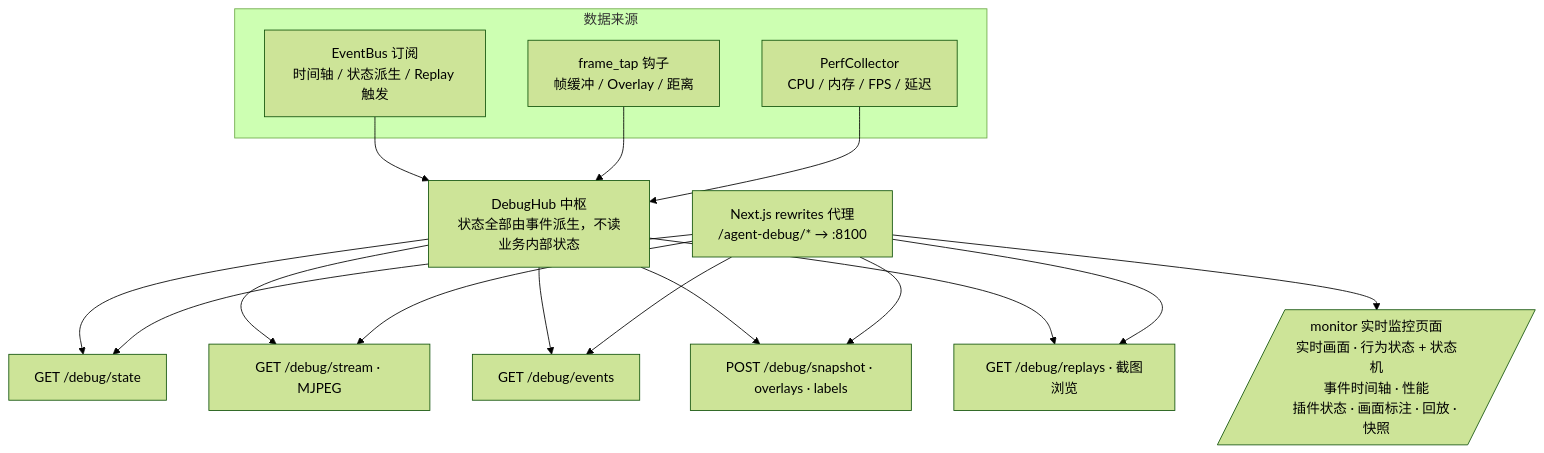
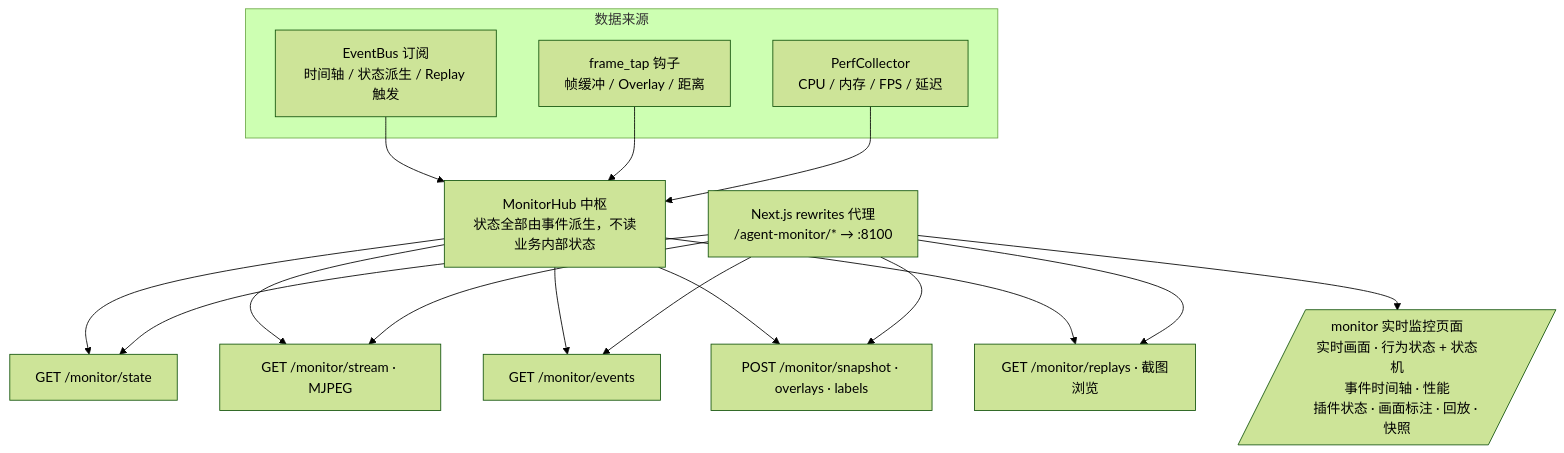
The third of 3 diagrams in ARCHITECTURE.md (monty8800/office-vision), drawn with Mermaid (forest theme) before and after one commit. The commit also changed other lines of this file and 29 other files, not shown here.

First line of the commit message:
全栈去除 debug 说法：Agent 监控模块/接口/配置段统一改名 monitor，Dashboard 多 Agent 支持同步改用 monitor 命名（代理路径 /agent-monitor、环境变量 OVA_AGENT_MONITOR_URL/URLS）

````diff
--- a/ARCHITECTURE.md
+++ b/ARCHITECTURE.md
@@ -98,19 +98,19 @@
 ```mermaid
 flowchart TB
     subgraph 数据来源
         E[EventBus 订阅<br/>时间轴 / 状态派生 / Replay 触发]
         T[frame_tap 钩子<br/>帧缓冲 / Overlay / 距离]
         PF[PerfCollector<br/>CPU / 内存 / FPS / 延迟]
     end
-    HUB[DebugHub 中枢<br/>状态全部由事件派生，不读业务内部状态]
+    HUB[MonitorHub 中枢<br/>状态全部由事件派生，不读业务内部状态]
     E --> HUB
     T --> HUB
     PF --> HUB
-    HUB --> A1[GET /debug/state]
-    HUB --> A2[GET /debug/stream · MJPEG]
-    HUB --> A3[GET /debug/events]
-    HUB --> A4[POST /debug/snapshot · overlays · labels]
-    HUB --> A5[GET /debug/replays · 截图浏览]
-    NX[Next.js rewrites 代理<br/>/agent-debug/* → :8100] --> A1 & A2 & A3 & A4 & A5
+    HUB --> A1[GET /monitor/state]
+    HUB --> A2[GET /monitor/stream · MJPEG]
+    HUB --> A3[GET /monitor/events]
+    HUB --> A4[POST /monitor/snapshot · overlays · labels]
+    HUB --> A5[GET /monitor/replays · 截图浏览]
+    NX[Next.js rewrites 代理<br/>/agent-monitor/* → :8100] --> A1 & A2 & A3 & A4 & A5
     NX --> UI[/monitor 实时监控页面<br/>实时画面 · 行为状态 + 状态机<br/>事件时间轴 · 性能<br/>插件状态 · 画面标注 · 回放 · 快照/]
 ```
````
